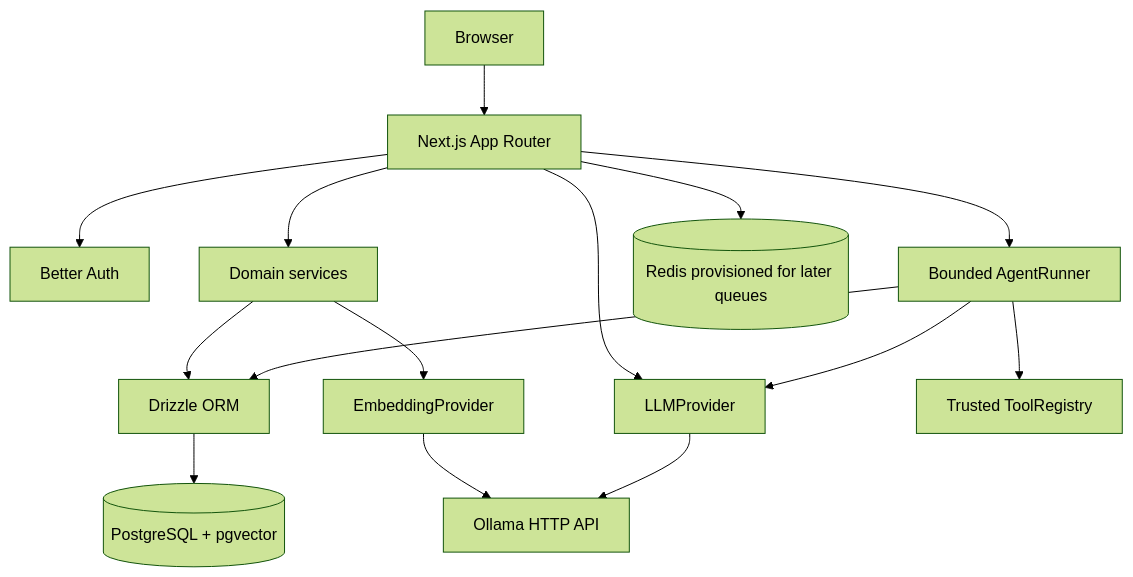
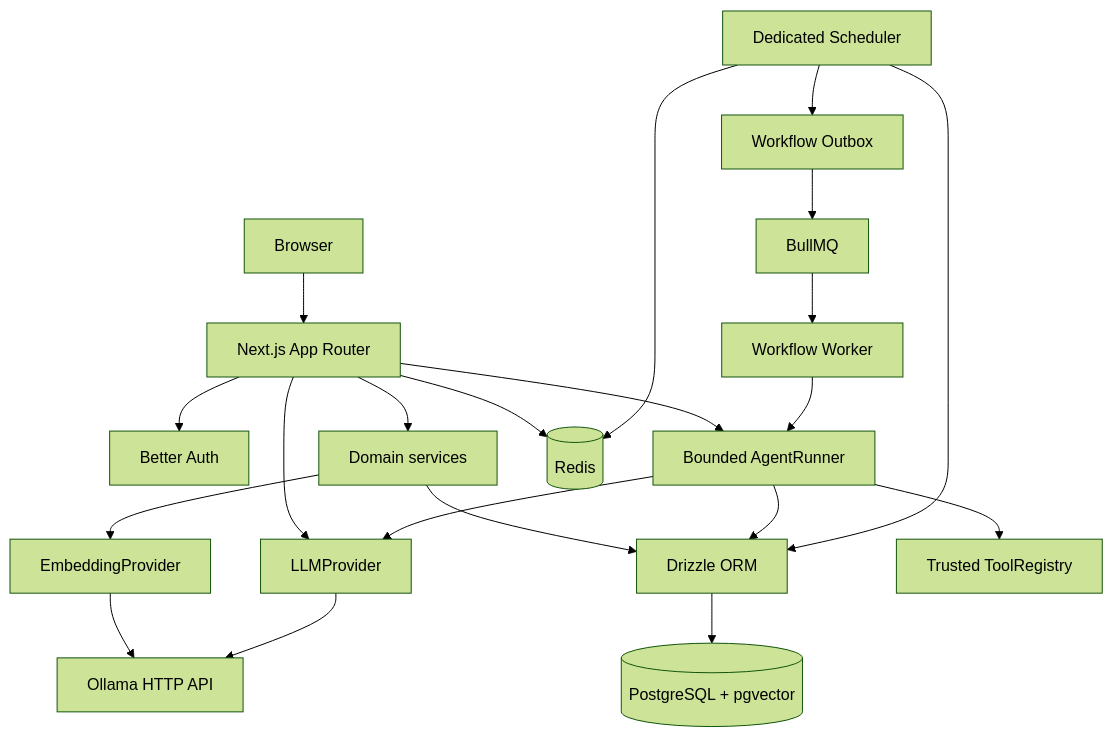
Before and after one commit to marchmalloww4/Flowyn: the diagram in ARCHITECTURE.md, drawn with Mermaid (forest theme). The commit also changed other lines of this file and 58 other files, not shown here.

````diff
--- a/ARCHITECTURE.md
+++ b/ARCHITECTURE.md
@@ -7,17 +7,23 @@
 ```mermaid
 graph TD
   Browser[Browser] --> Next[Next.js App Router]
   Next --> Auth[Better Auth]
   Next --> Services[Domain services]
   Services --> DB[Drizzle ORM]
   DB --> Postgres[(PostgreSQL + pgvector)]
   Services --> Embed[EmbeddingProvider]
   Embed --> Ollama
   Next --> Provider[LLMProvider]
   Provider --> Ollama[Ollama HTTP API]
   Next --> Runner[Bounded AgentRunner]
   Runner --> Registry[Trusted ToolRegistry]
   Runner --> Provider
   Runner --> DB
-  Next --> Redis[(Redis provisioned for later queues)]
+  Next --> Redis[(Redis)]
+  Scheduler[Dedicated Scheduler] --> DB
+  Scheduler --> Redis
+  Scheduler --> Outbox[Workflow Outbox]
+  Outbox --> Queue[BullMQ]
+  Queue --> Worker[Workflow Worker]
+  Worker --> Runner
 ```
````
